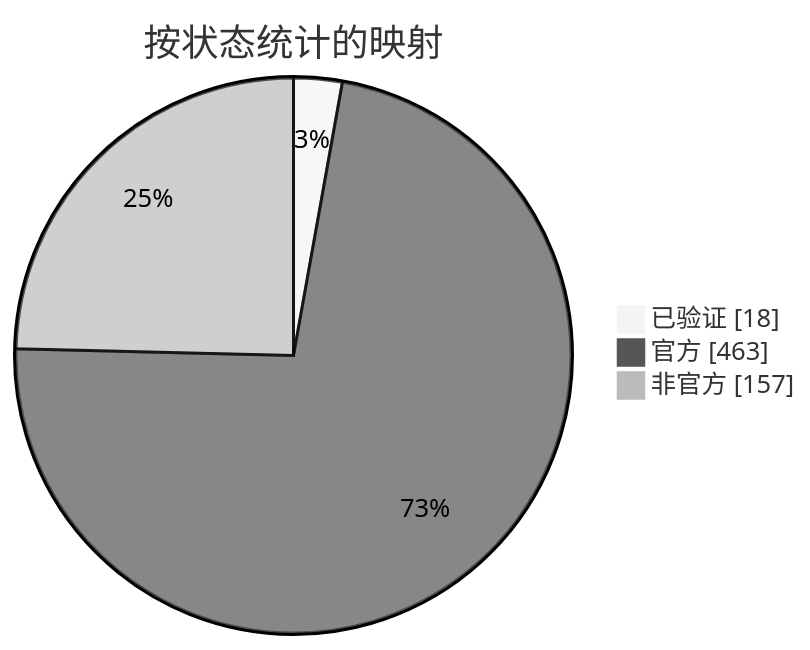
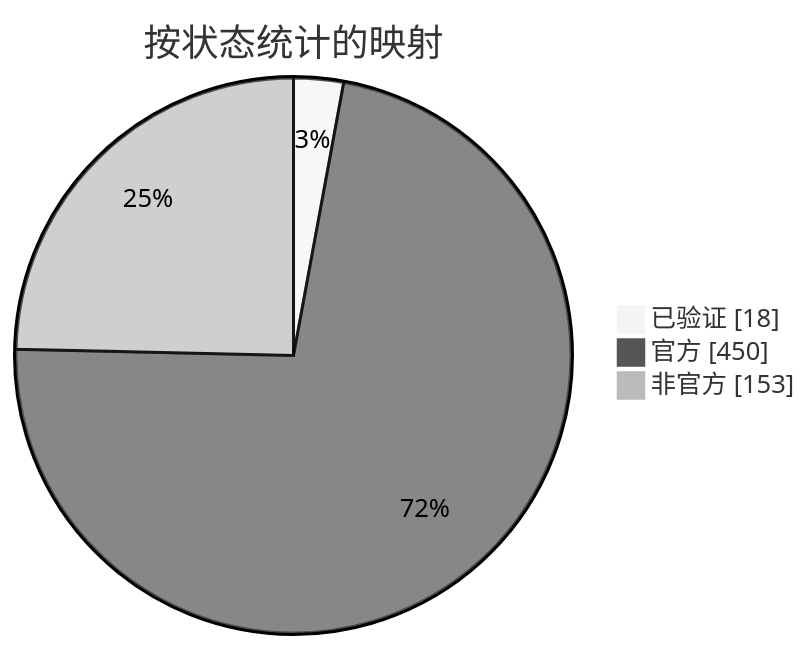
Before and after one commit to nobrega8/mbmap-library: the diagram in docs/readme/README_ZHS.md, drawn with Mermaid (neutral theme). The commit also changed 47 other files, not shown here.

````diff
--- a/docs/readme/README_ZHS.md
+++ b/docs/readme/README_ZHS.md
@@ -54,7 +54,7 @@
 ```mermaid
 pie showData
     title 按状态统计的映射
     "已验证" : 18
-    "官方" : 463
-    "非官方" : 157
+    "官方" : 450
+    "非官方" : 153
 ```
````
